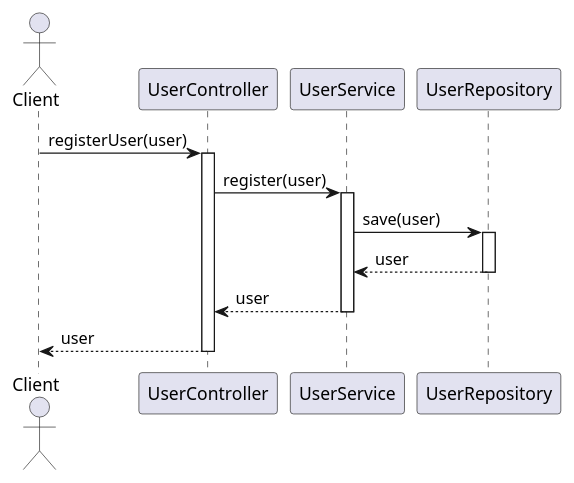
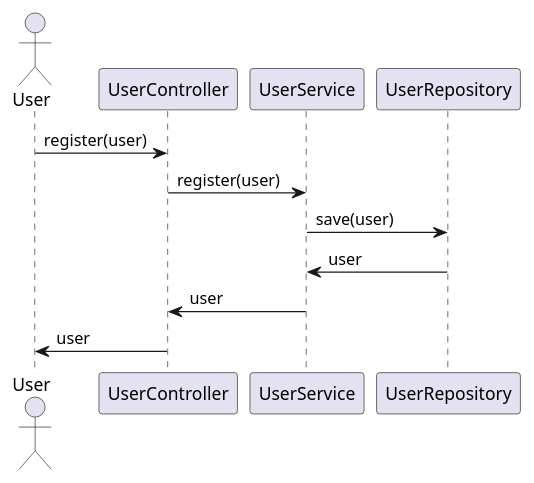
The first of 4 diagrams in identityprovider/documentation/detaileddesign.adoc (Dinesh-s95/AutoDoc.ai), drawn with PlantUML before and after one commit. The commit also changed other lines of this file and 15 other files, not shown here.

````diff
--- a/identityprovider/documentation/detaileddesign.adoc
+++ b/identityprovider/documentation/detaileddesign.adoc
@@ -192,26 +129,16 @@
-```plantuml
+[plantuml, user-registration-sequence, png]
+----
 @startuml
-actor Client
+actor User
 participant UserController
 participant UserService
 participant UserRepository
 
-Client -> UserController : registerUser(user)
-activate UserController
-
+User -> UserController : register(user)
 UserController -> UserService : register(user)
-activate UserService
-
 UserService -> UserRepository : save(user)
-activate UserRepository
-
-UserRepository --> UserService : user
-deactivate UserRepository
-
-UserService --> UserController : user
-deactivate UserService
-
-UserController --> Client : user
-deactivate UserController
+UserRepository -> UserService : user
+UserService -> UserController : user
+UserController -> User : user
 @enduml
-```
+----
````
